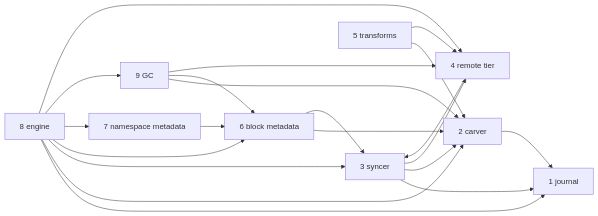
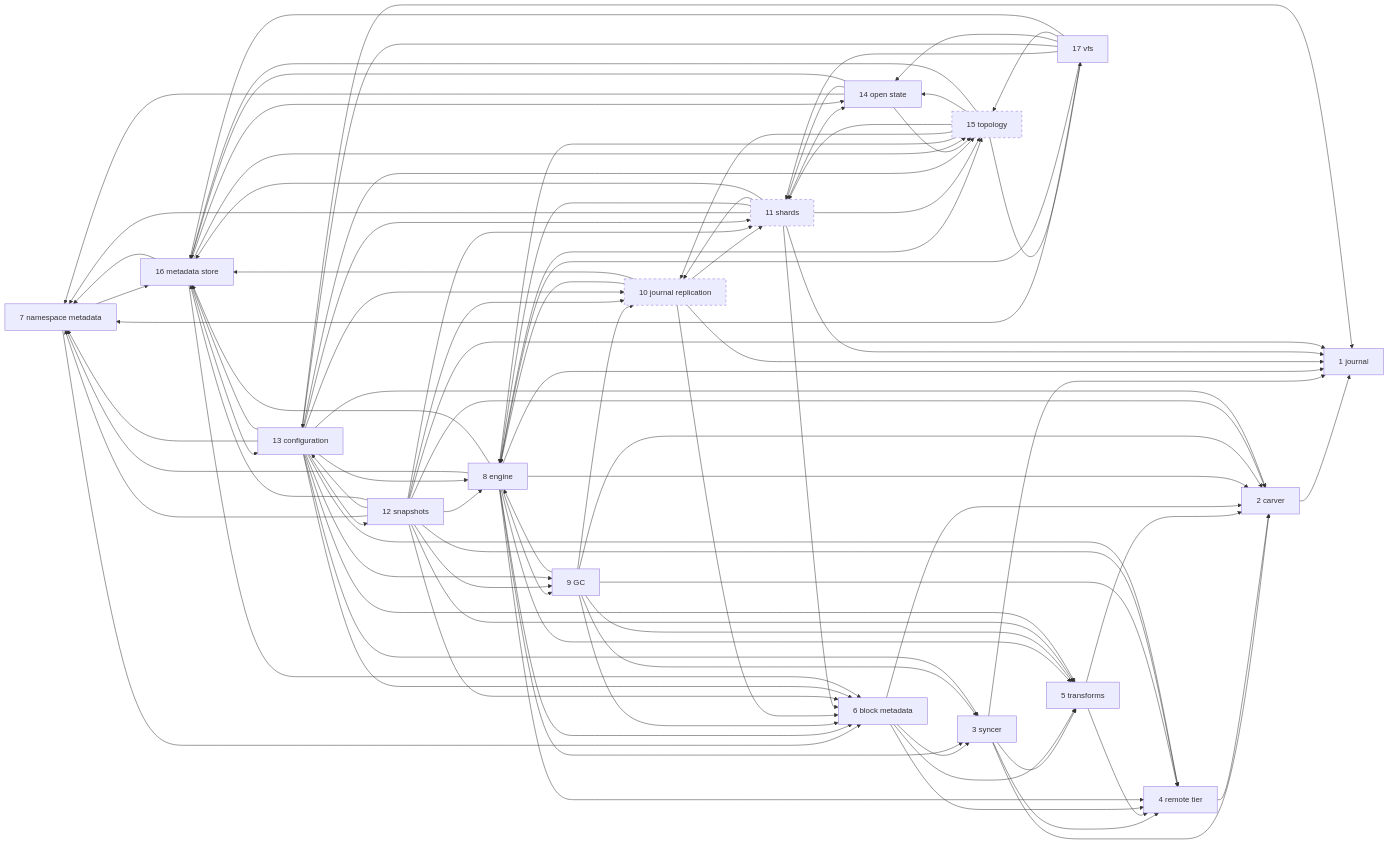
The diagram in docs/internals/rfcs/rfc-index.md (marmos91/dittofs), drawn with Mermaid before and after one commit. The commit also changed other lines of this file and 18 other files, not shown here.

````diff
--- a/docs/internals/rfcs/rfc-index.md
+++ b/docs/internals/rfcs/rfc-index.md
@@ -61,12 +65,23 @@
 ```mermaid
 graph LR
-  R1[1 journal]
-  R2[2 carver] --> R1
-  R3[3 syncer] --> R1 & R2 & R4
-  R4[4 remote tier] --> R3
-  R5[5 transforms] --> R2 & R4
-  R6[6 block metadata] --> R2 & R3
-  R7[7 namespace metadata] --> R6
-  R8[8 engine] --> R1 & R2 & R3 & R6 & R7 & R9 & R4
-  R9[9 GC] --> R2 & R6 & R4
+  R1["1 journal"]
+  R2["2 carver"] --> R1
+  R3["3 syncer"] --> R1 & R2 & R4 & R5
+  R4["4 remote tier"] --> R2
+  R5["5 transforms"] --> R2 & R4
+  R6["6 block metadata"] --> R2 & R3 & R4 & R5
+  R7["7 namespace metadata"] --> R6 & R16
+  R8["8 engine"] --> R1 & R2 & R3 & R4 & R5 & R6 & R7 & R9 & R15 & R16
+  R9["9 GC"] --> R2 & R3 & R4 & R5 & R6 & R8 & R10
+  R10["10 journal replication"] --> R1 & R6 & R8 & R11 & R16
+  R11["11 shards"] --> R1 & R6 & R7 & R8 & R10 & R14 & R15 & R16
+  R12["12 snapshots"] --> R1 & R2 & R4 & R5 & R6 & R7 & R8 & R9 & R10 & R11 & R13 & R16
+  R13["13 configuration"] --> R1 & R2 & R3 & R4 & R5 & R6 & R7 & R8 & R9 & R10 & R11 & R12 & R15 & R16
+  R14["14 open state"] --> R7 & R11 & R15 & R16
+  R15["15 topology"] --> R8 & R10 & R11 & R14 & R16 & R17
+  R16["16 metadata store"] --> R6 & R7 & R13 & R14 & R15
+  R17["17 vfs"] --> R7 & R8 & R11 & R13 & R14 & R15 & R16
+  style R10 stroke-dasharray: 5 5
+  style R11 stroke-dasharray: 5 5
+  style R15 stroke-dasharray: 5 5
 ```
````
